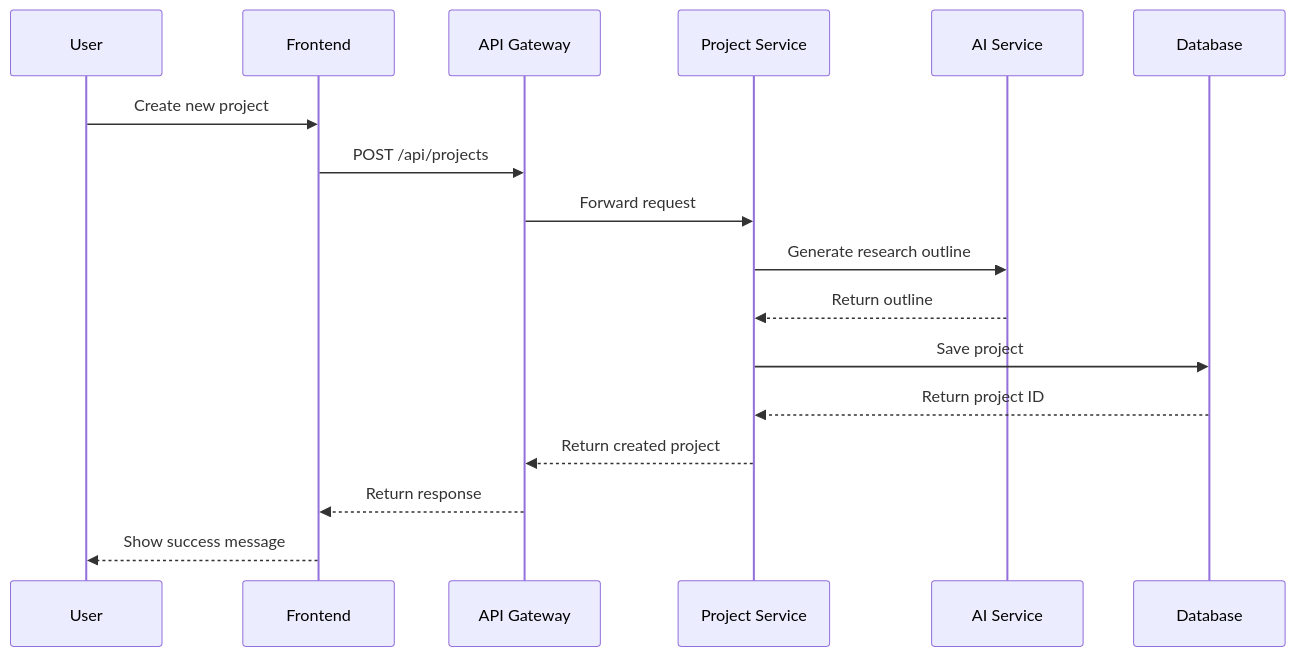
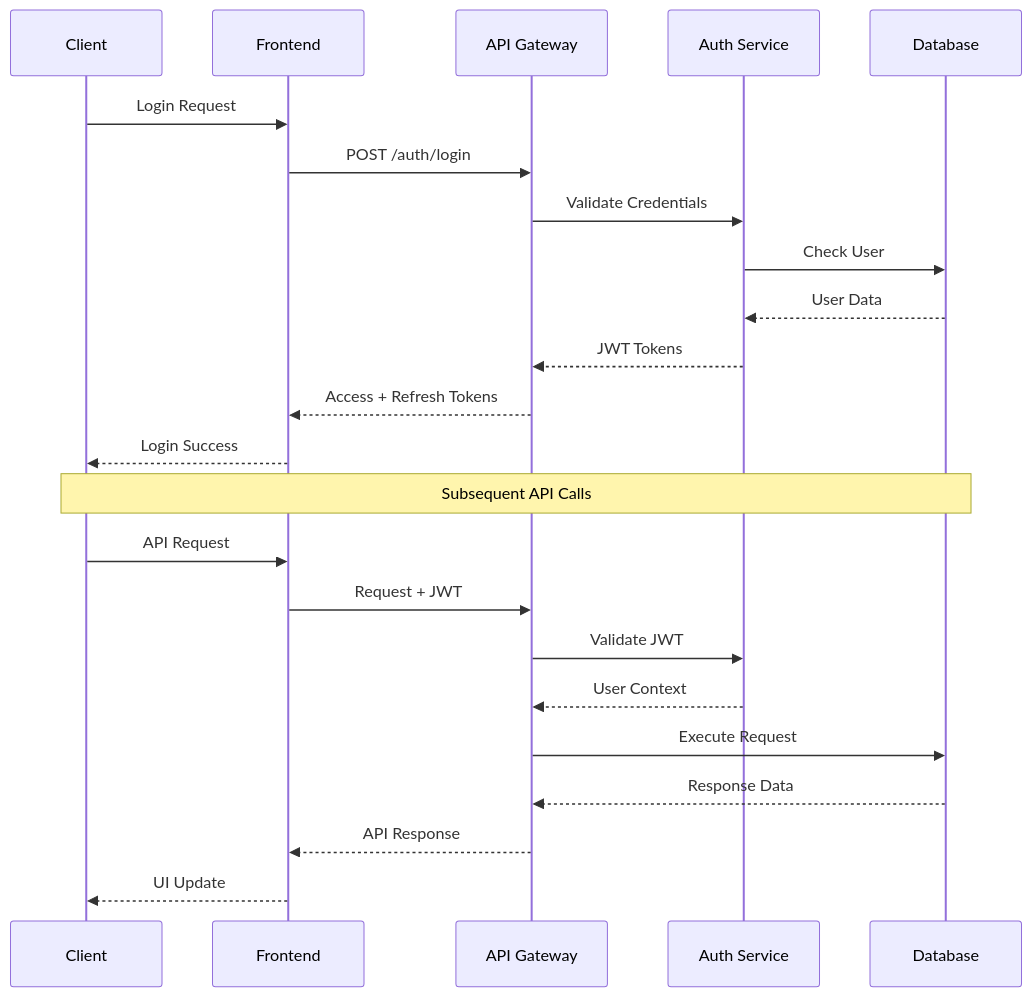
One commit to hailp1/newncskit changed the second of 8 diagrams in docs/SYSTEM_ARCHITECTURE.md. Above: the diagram before and after it, drawn with Mermaid. The commit also changed other lines of this file and 369 other files, not shown here.

````diff
--- a/docs/SYSTEM_ARCHITECTURE.md
+++ b/docs/SYSTEM_ARCHITECTURE.md
@@ -283,20 +182,27 @@
 ```mermaid
 sequenceDiagram
-    participant U as User
-    participant F as Frontend
-    participant A as API Gateway
-    participant P as Project Service
-    participant AI as AI Service
-    participant DB as Database
+    participant Client
+    participant Frontend
+    participant API Gateway
+    participant Auth Service
+    participant Database
     
-    U->>F: Create new project
-    F->>A: POST /api/projects
-    A->>P: Forward request
-    P->>AI: Generate research outline
-    AI-->>P: Return outline
-    P->>DB: Save project
-    DB-->>P: Return project ID
-    P-->>A: Return created project
-    A-->>F: Return response
-    F-->>U: Show success message
+    Client->>Frontend: Login Request
+    Frontend->>API Gateway: POST /auth/login
+    API Gateway->>Auth Service: Validate Credentials
+    Auth Service->>Database: Check User
+    Database-->>Auth Service: User Data
+    Auth Service-->>API Gateway: JWT Tokens
+    API Gateway-->>Frontend: Access + Refresh Tokens
+    Frontend-->>Client: Login Success
+    
+    Note over Client,Database: Subsequent API Calls
+    Client->>Frontend: API Request
+    Frontend->>API Gateway: Request + JWT
+    API Gateway->>Auth Service: Validate JWT
+    Auth Service-->>API Gateway: User Context
+    API Gateway->>Database: Execute Request
+    Database-->>API Gateway: Response Data
+    API Gateway-->>Frontend: API Response
+    Frontend-->>Client: UI Update
 ```
````
